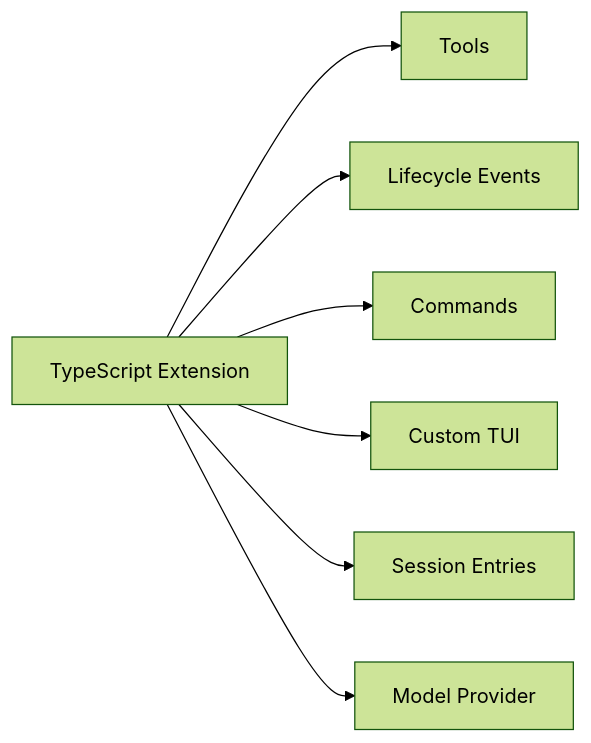
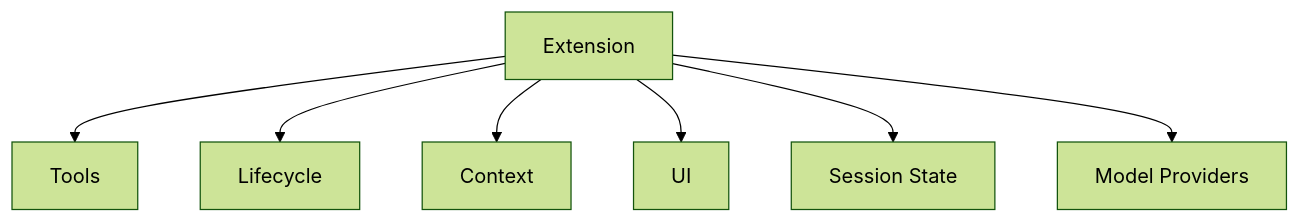
One commit to indigofeather/harness-book changed the fourth of 5 diagrams in docs/pi/overview.md. Above: the diagram before and after it, drawn with Mermaid (forest theme). The commit also changed other lines of this file and 48 other files, not shown here.

````diff
--- a/docs/pi/overview.md
+++ b/docs/pi/overview.md
@@ -224,10 +188,10 @@
 ```mermaid
-flowchart LR
-  EXT[TypeScript Extension]
-  EXT --> T[Tools]
-  EXT --> E[Lifecycle Events]
-  EXT --> C[Commands]
-  EXT --> UI[Custom TUI]
-  EXT --> S[Session Entries]
-  EXT --> M[Model Provider]
+flowchart TB
+  E[Extension]
+  E --> T[Tools]
+  E --> L[Lifecycle]
+  E --> C[Context]
+  E --> U[UI]
+  E --> S[Session State]
+  E --> M[Model Providers]
 ```
````
